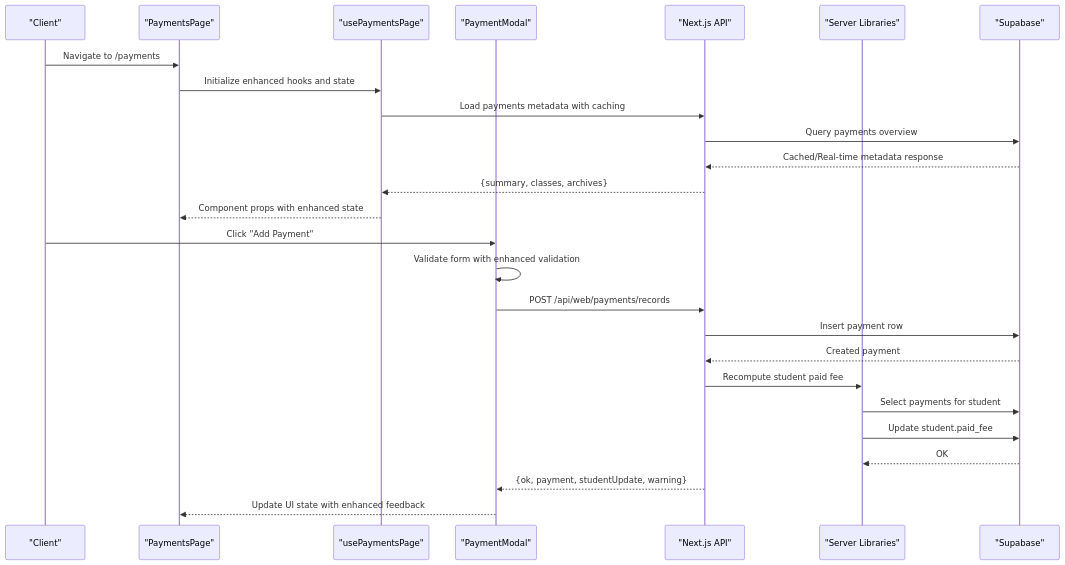
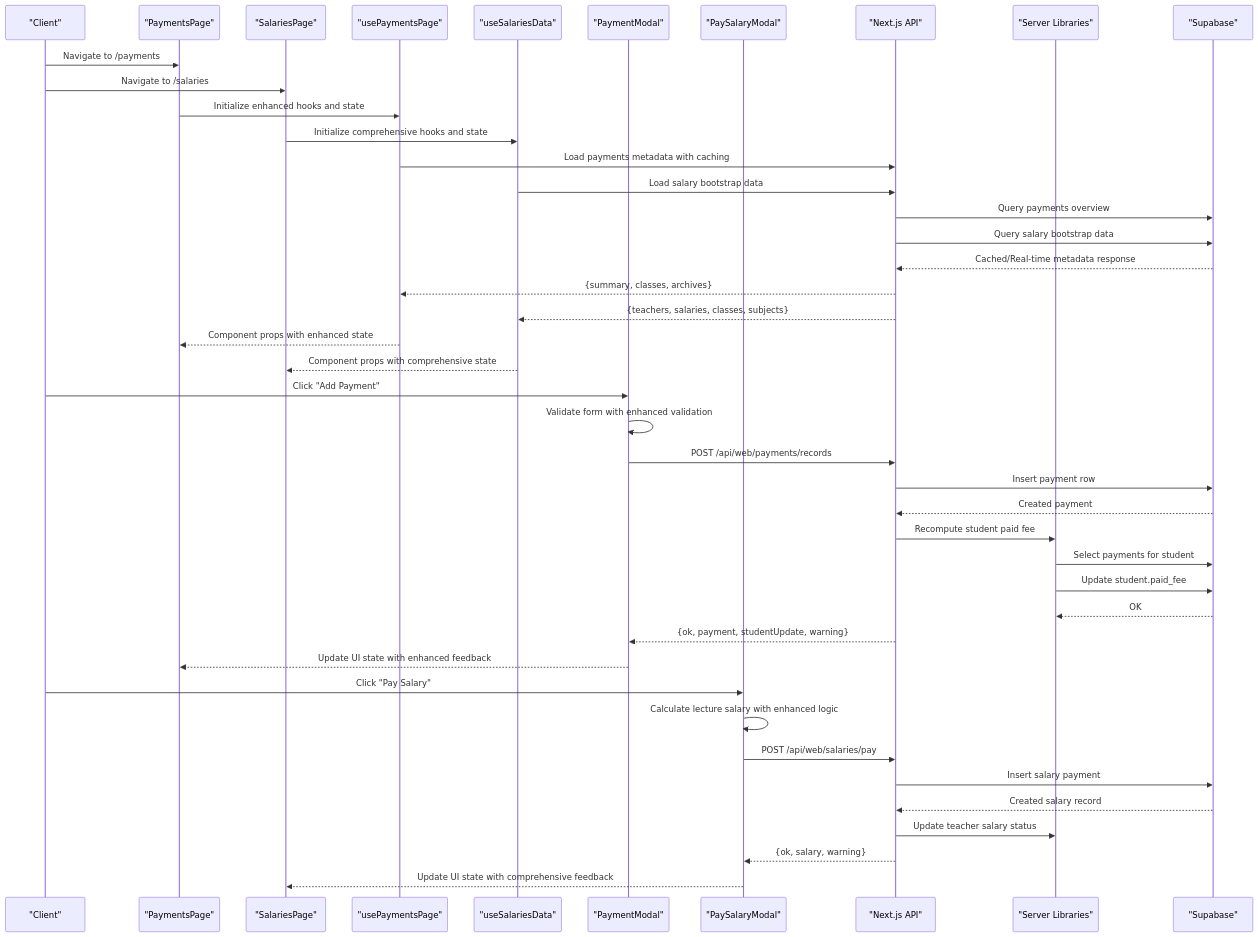
Before and after one commit to mustafaalkusaj/appschoolmustafa2002: the second of 5 diagrams in .qoder/repowiki/en/content/Financial Operations/Financial Operations.md, drawn with Mermaid. The commit also changed other lines of this file and 8 other files, not shown here.

````diff
--- a/.qoder/repowiki/en/content/Financial Operations/Financial Operations.md
+++ b/.qoder/repowiki/en/content/Financial Operations/Financial Operations.md
@@ -181,28 +267,45 @@
 ```mermaid
 sequenceDiagram
 participant Client as "Client"
-participant Page as "PaymentsPage"
-participant Hooks as "usePaymentsPage"
-participant Modal as "PaymentModal"
+participant PaymentsPage as "PaymentsPage"
+participant SalariesPage as "SalariesPage"
+participant PaymentsHooks as "usePaymentsPage"
+participant SalariesHooks as "useSalariesData"
+participant PaymentModal as "PaymentModal"
+participant SalaryModal as "PaySalaryModal"
 participant API as "Next.js API"
 participant Lib as "Server Libraries"
 participant DB as "Supabase"
-Client->>Page : Navigate to /payments
-Page->>Hooks : Initialize enhanced hooks and state
-Hooks->>API : Load payments metadata with caching
+Client->>PaymentsPage : Navigate to /payments
+Client->>SalariesPage : Navigate to /salaries
+PaymentsPage->>PaymentsHooks : Initialize enhanced hooks and state
+SalariesPage->>SalariesHooks : Initialize comprehensive hooks and state
+PaymentsHooks->>API : Load payments metadata with caching
+SalariesHooks->>API : Load salary bootstrap data
 API->>DB : Query payments overview
+API->>DB : Query salary bootstrap data
 DB-->>API : Cached/Real-time metadata response
-API-->>Hooks : {summary, classes, archives}
-Hooks-->>Page : Component props with enhanced state
-Client->>Modal : Click "Add Payment"
-Modal->>Modal : Validate form with enhanced validation
-Modal->>API : POST /api/web/payments/records
+API-->>PaymentsHooks : {summary, classes, archives}
+API-->>SalariesHooks : {teachers, salaries, classes, subjects}
+PaymentsHooks-->>PaymentsPage : Component props with enhanced state
+SalariesHooks-->>SalariesPage : Component props with comprehensive state
+Client->>PaymentModal : Click "Add Payment"
+PaymentModal->>PaymentModal : Validate form with enhanced validation
+PaymentModal->>API : POST /api/web/payments/records
 API->>DB : Insert payment row
 DB-->>API : Created payment
 API->>Lib : Recompute student paid fee
 Lib->>DB : Select payments for student
 Lib->>DB : Update student.paid_fee
 DB-->>Lib : OK
-API-->>Modal : {ok, payment, studentUpdate, warning}
-Modal-->>Page : Update UI state with enhanced feedback
+API-->>PaymentModal : {ok, payment, studentUpdate, warning}
+PaymentModal-->>PaymentsPage : Update UI state with enhanced feedback
+Client->>SalaryModal : Click "Pay Salary"
+SalaryModal->>SalaryModal : Calculate lecture salary with enhanced logic
+SalaryModal->>API : POST /api/web/salaries/pay
+API->>DB : Insert salary payment
+DB-->>API : Created salary record
+API->>Lib : Update teacher salary status
+API-->>SalaryModal : {ok, salary, warning}
+SalaryModal-->>SalariesPage : Update UI state with comprehensive feedback
 ```
````
